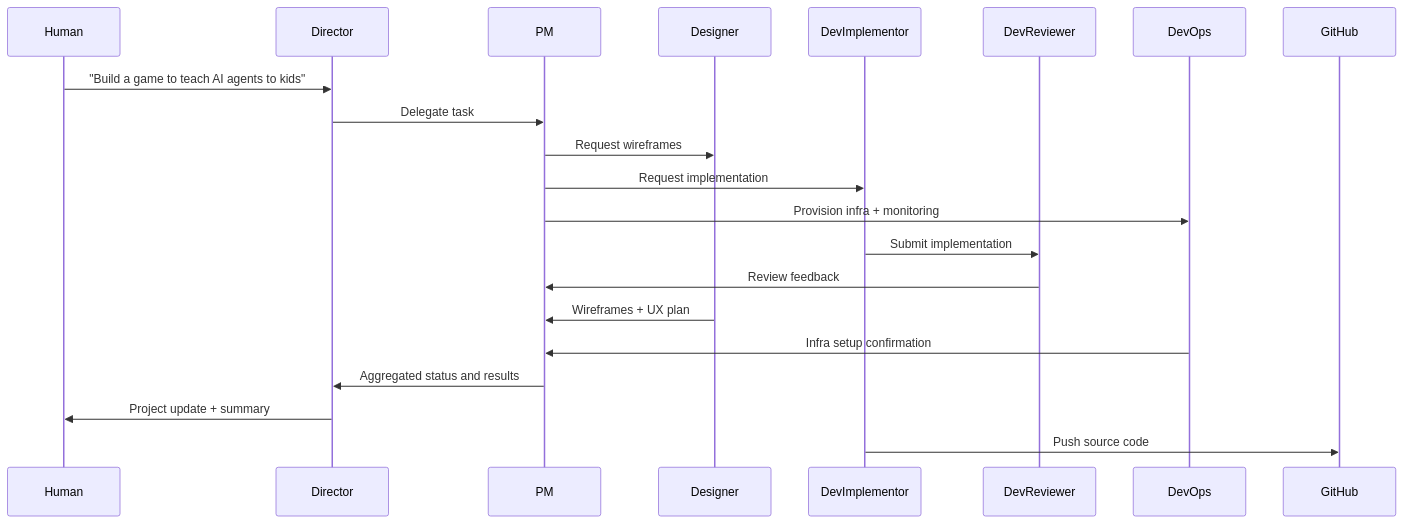
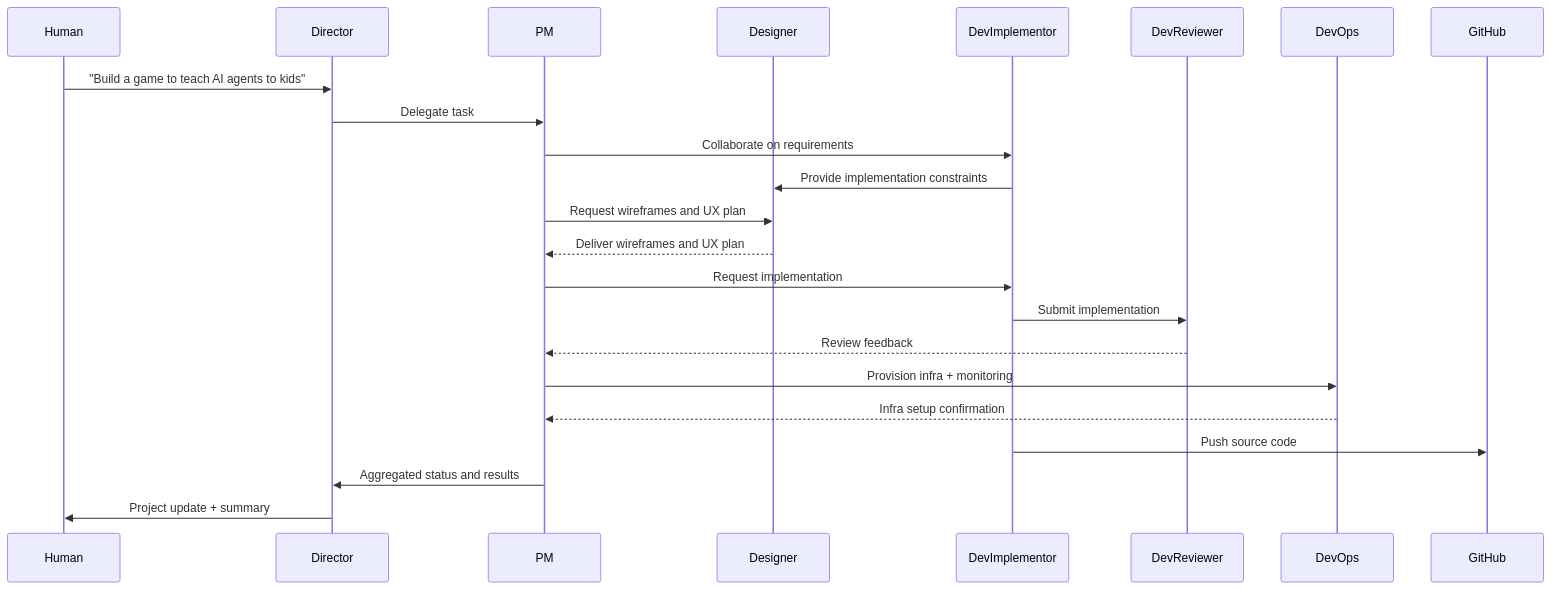
The diagram in docs/agent-workflow-sequence.md (Zxela/org-zero), drawn with Mermaid before and after one commit.

````diff
--- a/docs/agent-workflow-sequence.md
+++ b/docs/agent-workflow-sequence.md
@@ -3,24 +3,26 @@
 ```mermaid
 sequenceDiagram
   participant Human
   participant Director
   participant PM
   participant Designer
   participant DevImplementor
   participant DevReviewer
   participant DevOps
   participant GitHub
 
   Human->>Director: "Build a game to teach AI agents to kids"
   Director->>PM: Delegate task
-  PM->>Designer: Request wireframes
+  PM->>DevImplementor: Collaborate on requirements
+  DevImplementor->>Designer: Provide implementation constraints
+  PM->>Designer: Request wireframes and UX plan
+  Designer-->>PM: Deliver wireframes and UX plan
   PM->>DevImplementor: Request implementation
+  DevImplementor->>DevReviewer: Submit implementation
+  DevReviewer-->>PM: Review feedback
   PM->>DevOps: Provision infra + monitoring
-  DevImplementor->>DevReviewer: Submit implementation
-  DevReviewer->>PM: Review feedback
-  Designer->>PM: Wireframes + UX plan
-  DevOps->>PM: Infra setup confirmation
+  DevOps-->>PM: Infra setup confirmation
+  DevImplementor->>GitHub: Push source code
   PM->>Director: Aggregated status and results
   Director->>Human: Project update + summary
-  DevImplementor->>GitHub: Push source code
 ```
````
